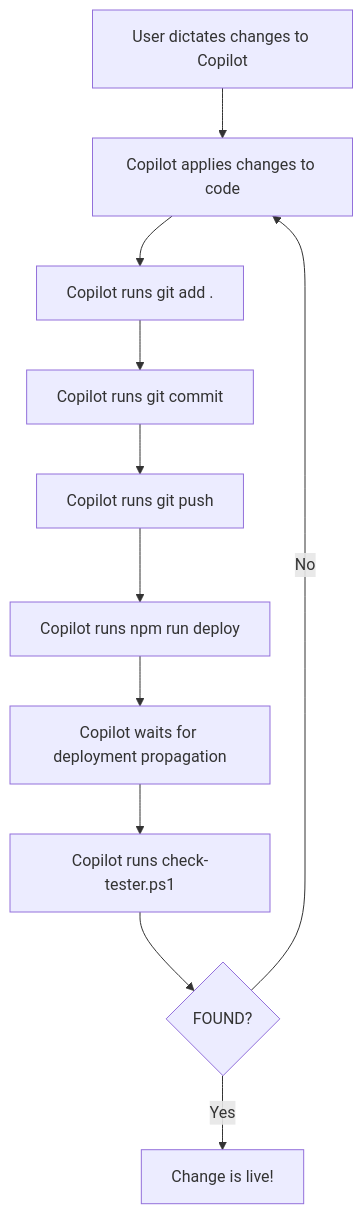
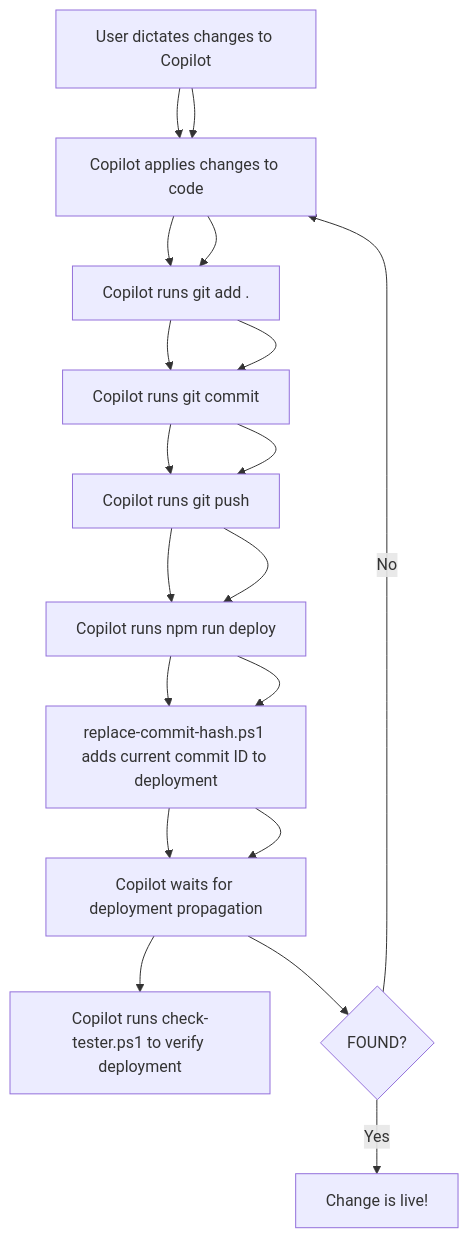
The second of 2 diagrams in README.md (shapez0r/agentai_repo), drawn with Mermaid before and after one commit. The commit also changed other lines of this file and 1 other file, not shown here.

Commit message:
Update deployment workflow and documentation for commit hash embedding and verification

````diff
--- a/README.md
+++ b/README.md
@@ -69,24 +69,24 @@
 ```mermaid
 flowchart TD
-    A[User dictates changes to Copilot]
-    B[Copilot applies changes to code]
-    C[Copilot runs git add .]
-    D[Copilot runs git commit]
-    E[Copilot runs git push]
-    F[Copilot runs npm run deploy]
-    G[Copilot waits for deployment propagation]
-    H[Copilot runs check-tester.ps1]
-    I{FOUND?}
-    J[Change is live!]
+    A[User dictates changes to Copilot] --> B[Copilot applies changes to code]
+    B --> C[Copilot runs git add .]
+    C --> D[Copilot runs git commit]
+    D --> E[Copilot runs git push]
+    E --> F[Copilot runs npm run deploy]
+    F --> G[replace-commit-hash.ps1 adds current commit ID to deployment]
+    G --> H[Copilot waits for deployment propagation]
+    H --> I[Copilot runs check-tester.ps1 to verify deployment]
+    J{FOUND?}
+    K[Change is live!]
 
     A --> B
     B --> C
     C --> D
     D --> E
     E --> F
     F --> G
     G --> H
-    H --> I
-    I -- Yes --> J
-    I -- No --> B
+    H --> J
+    J -- Yes --> K
+    J -- No --> B
 ```
````
